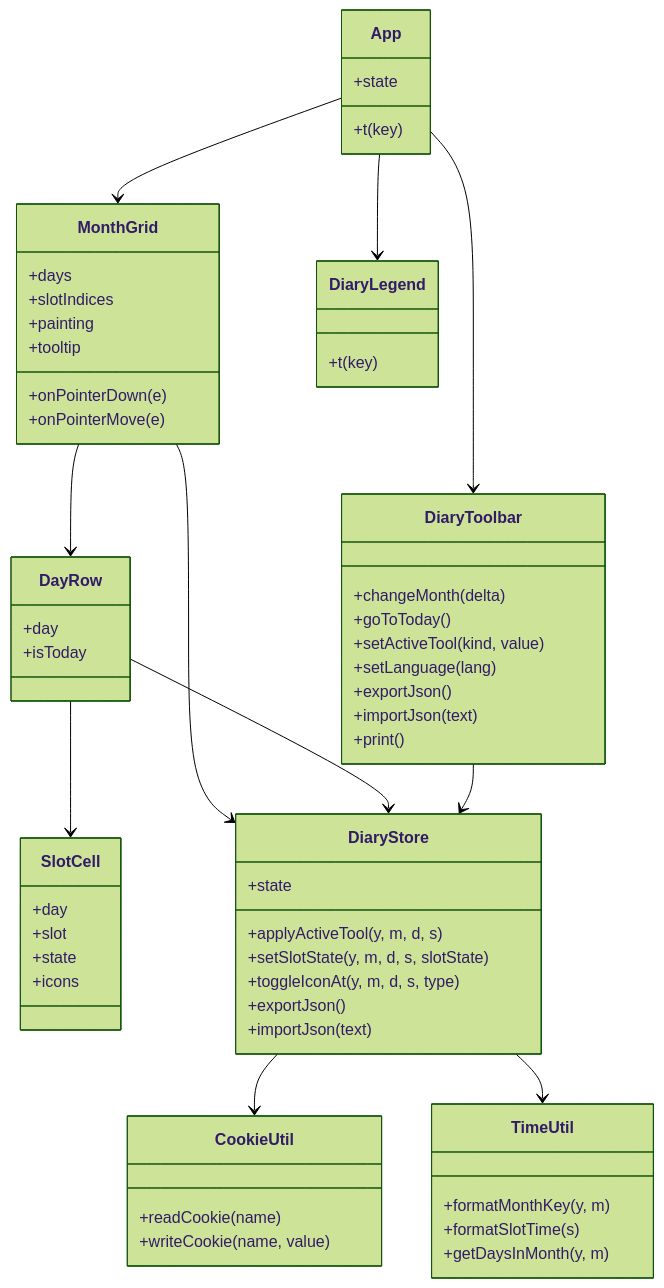
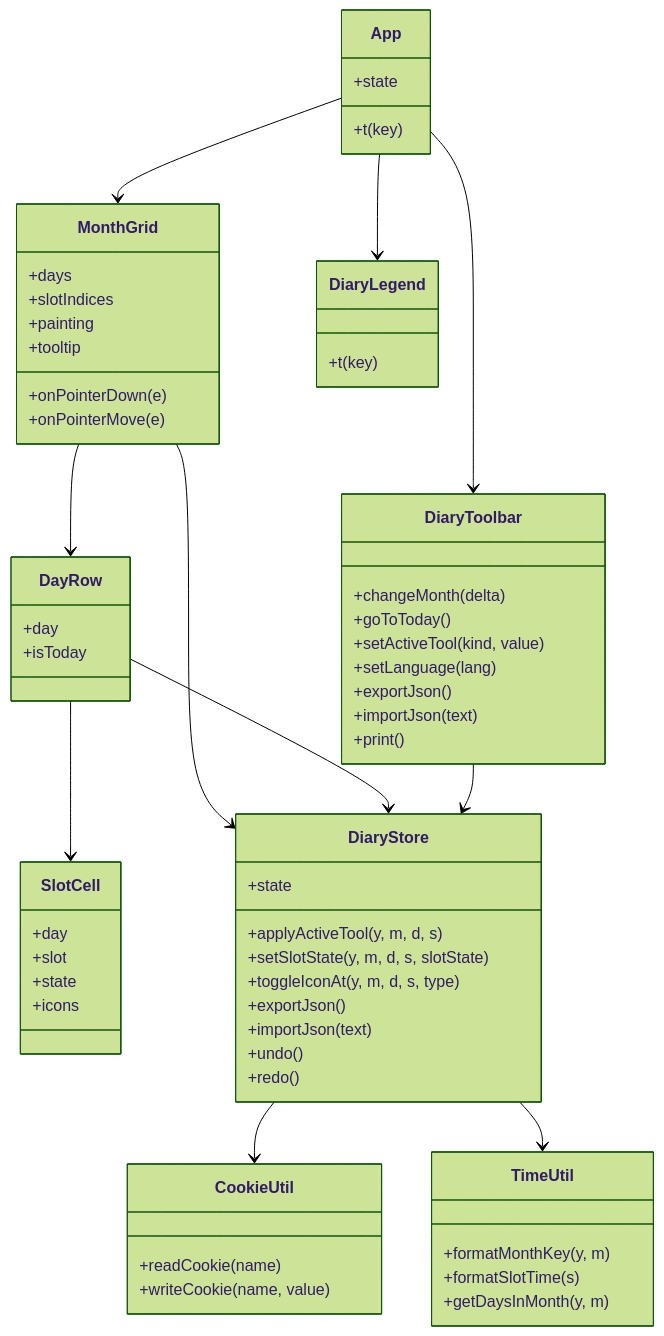
The first of 2 diagrams in Docs/Architecture.ja.md (konbraphat51/SleepNote), drawn with Mermaid (forest theme) before and after one commit. The commit also changed other lines of this file and 3 other files, not shown here.

Commit message:
docs: document undo/redo feature

````diff
--- a/Docs/Architecture.ja.md
+++ b/Docs/Architecture.ja.md
@@ -70,65 +71,67 @@
 ```mermaid
 classDiagram
     class App {
         +state
         +t(key)
     }
     class DiaryToolbar {
         +changeMonth(delta)
         +goToToday()
         +setActiveTool(kind, value)
         +setLanguage(lang)
         +exportJson()
         +importJson(text)
         +print()
     }
     class MonthGrid {
         +days
         +slotIndices
         +painting
         +tooltip
         +onPointerDown(e)
         +onPointerMove(e)
     }
     class DayRow {
         +day
         +isToday
     }
     class SlotCell {
         +day
         +slot
         +state
         +icons
     }
     class DiaryLegend {
         +t(key)
     }
     class DiaryStore {
         +state
         +applyActiveTool(y, m, d, s)
         +setSlotState(y, m, d, s, slotState)
         +toggleIconAt(y, m, d, s, type)
         +exportJson()
         +importJson(text)
+        +undo()
+        +redo()
     }
     class CookieUtil {
         +readCookie(name)
         +writeCookie(name, value)
     }
     class TimeUtil {
         +formatMonthKey(y, m)
         +formatSlotTime(s)
         +getDaysInMonth(y, m)
     }
 
     App --> DiaryToolbar
     App --> MonthGrid
     App --> DiaryLegend
     MonthGrid --> DayRow
     DayRow --> SlotCell
     MonthGrid --> DiaryStore
     DayRow --> DiaryStore
     DiaryToolbar --> DiaryStore
     DiaryStore --> CookieUtil
     DiaryStore --> TimeUtil
 ```
````
